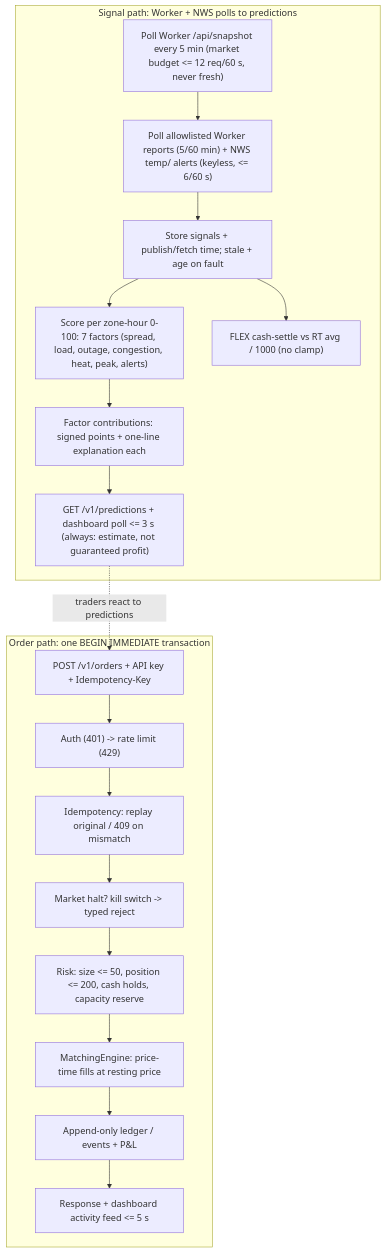
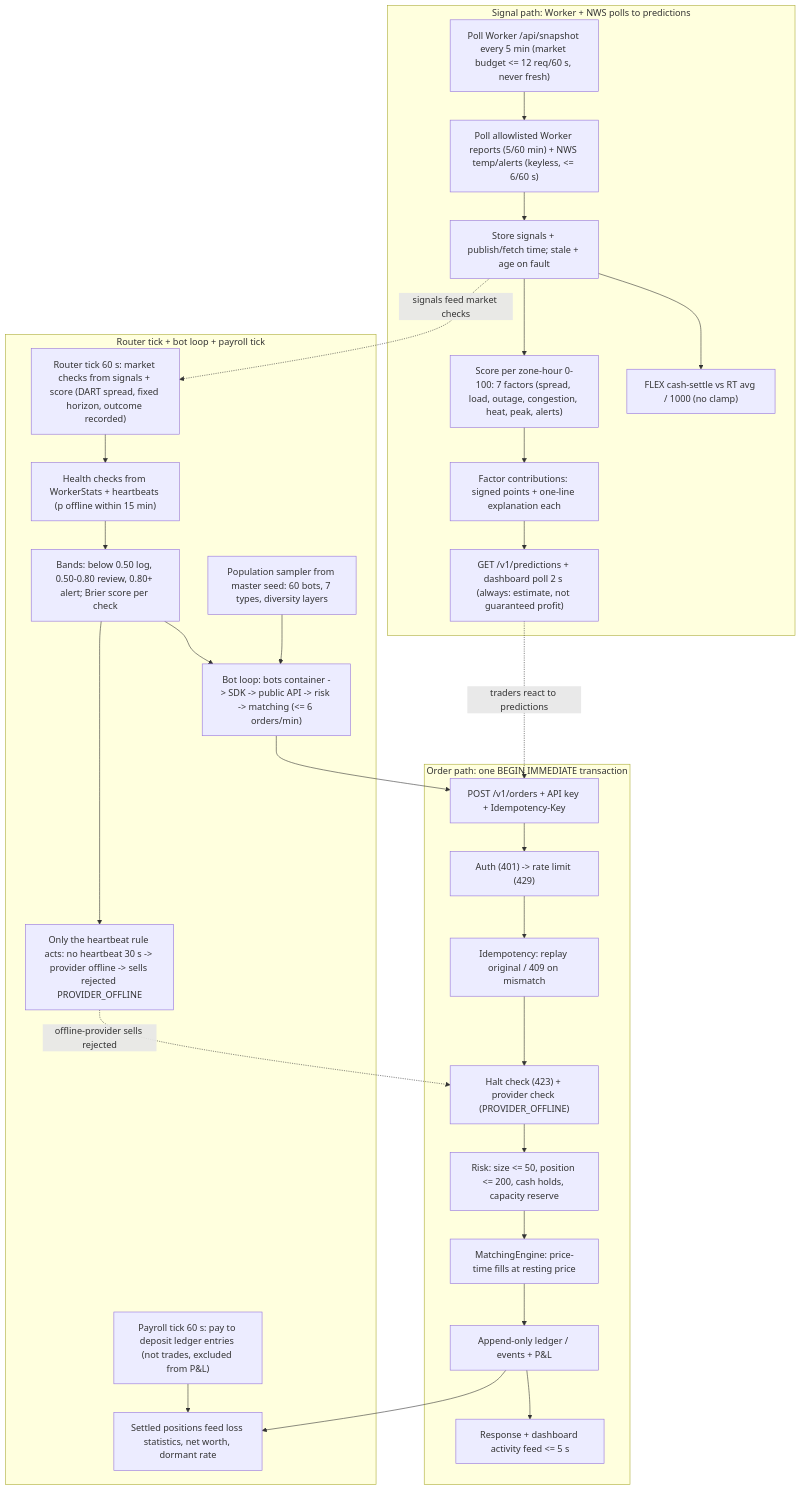
Before and after one commit to 1wgrumph/gridmarket: the diagram in docs/plans/2026-09-25-gridmarket/views/v3-operational-flow.mmd, drawn with Mermaid. The commit also changed 42 other files, not shown here.

```diff
--- a/docs/plans/2026-09-25-gridmarket/views/v3-operational-flow.mmd
+++ b/docs/plans/2026-09-25-gridmarket/views/v3-operational-flow.mmd
@@ -1,26 +1,44 @@
 flowchart TD
     subgraph ORD["Order path: one BEGIN IMMEDIATE transaction"]
         O1["POST /v1/orders + API key + Idempotency-Key"]
         O2["Auth (401) -> rate limit (429)"]
         O3["Idempotency: replay original / 409 on mismatch"]
-        O4["Market halt? kill switch -> typed reject"]
+        O4["Halt check (423) + provider check (PROVIDER_OFFLINE)"]
         O5["Risk: size <= 50, position <= 200, cash holds, capacity reserve"]
         O6["MatchingEngine: price-time fills at resting price"]
         O7["Append-only ledger / events + P&L"]
         O8["Response + dashboard activity feed <= 5 s"]
         O1 --> O2 --> O3 --> O4 --> O5 --> O6 --> O7 --> O8
     end
 
     subgraph SIG["Signal path: Worker + NWS polls to predictions"]
         E1["Poll Worker /api/snapshot every 5 min (market budget <= 12 req/60 s, never fresh)"]
-        E2["Poll allowlisted Worker reports (5/60 min) + NWS temp/ alerts (keyless, <= 6/60 s)"]
+        E2["Poll allowlisted Worker reports (5/60 min) + NWS temp/alerts (keyless, <= 6/60 s)"]
         E3["Store signals + publish/fetch time; stale + age on fault"]
         E4["Score per zone-hour 0-100: 7 factors (spread, load, outage, congestion, heat, peak, alerts)"]
         E5["Factor contributions: signed points + one-line explanation each"]
-        E6["GET /v1/predictions + dashboard poll <= 3 s (always: estimate, not guaranteed profit)"]
+        E6["GET /v1/predictions + dashboard poll 2 s (always: estimate, not guaranteed profit)"]
         E7["FLEX cash-settle vs RT avg / 1000 (no clamp)"]
         E1 --> E2 --> E3 --> E4 --> E5 --> E6
         E3 --> E7
     end
 
+    subgraph RBE["Router tick + bot loop + payroll tick"]
+        R1["Router tick 60 s: market checks from signals + score (DART spread, fixed horizon, outcome recorded)"]
+        R2["Health checks from WorkerStats + heartbeats (p offline within 15 min)"]
+        R3["Bands: below 0.50 log, 0.50-0.80 review, 0.80+ alert; Brier score per check"]
+        R4["Only the heartbeat rule acts: no heartbeat 30 s -> provider offline -> sells rejected PROVIDER_OFFLINE"]
+        B1["Population sampler from master seed: 60 bots, 7 types, diversity layers"]
+        B2["Bot loop: bots container -> SDK -> public API -> risk -> matching (<= 6 orders/min)"]
+        P1["Payroll tick 60 s: pay to deposit ledger entries (not trades, excluded from P&L)"]
+        P2["Settled positions feed loss statistics, net worth, dormant rate"]
+        R1 --> R2 --> R3 --> R4
+        B1 --> B2 --> O1
+        R3 --> B2
+        P1 --> P2
+        O7 --> P2
+    end
+
     E6 -.->|traders react to predictions| O1
+    E3 -.->|signals feed market checks| R1
+    R4 -.->|offline-provider sells rejected| O4
```
